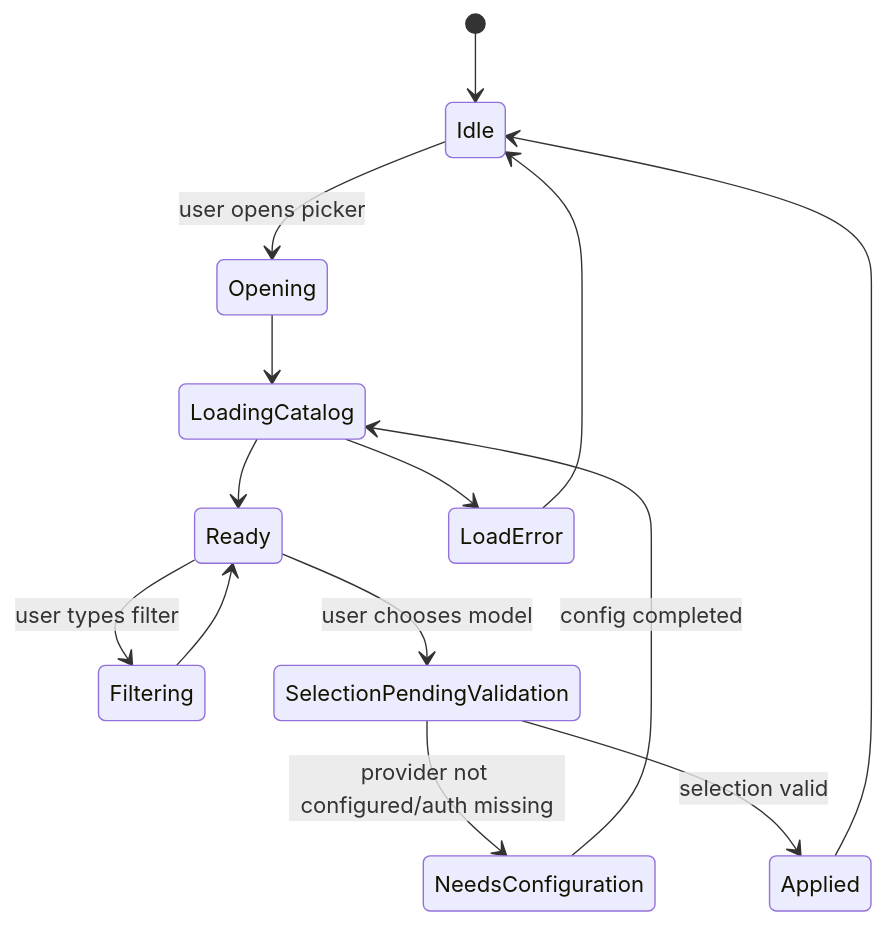
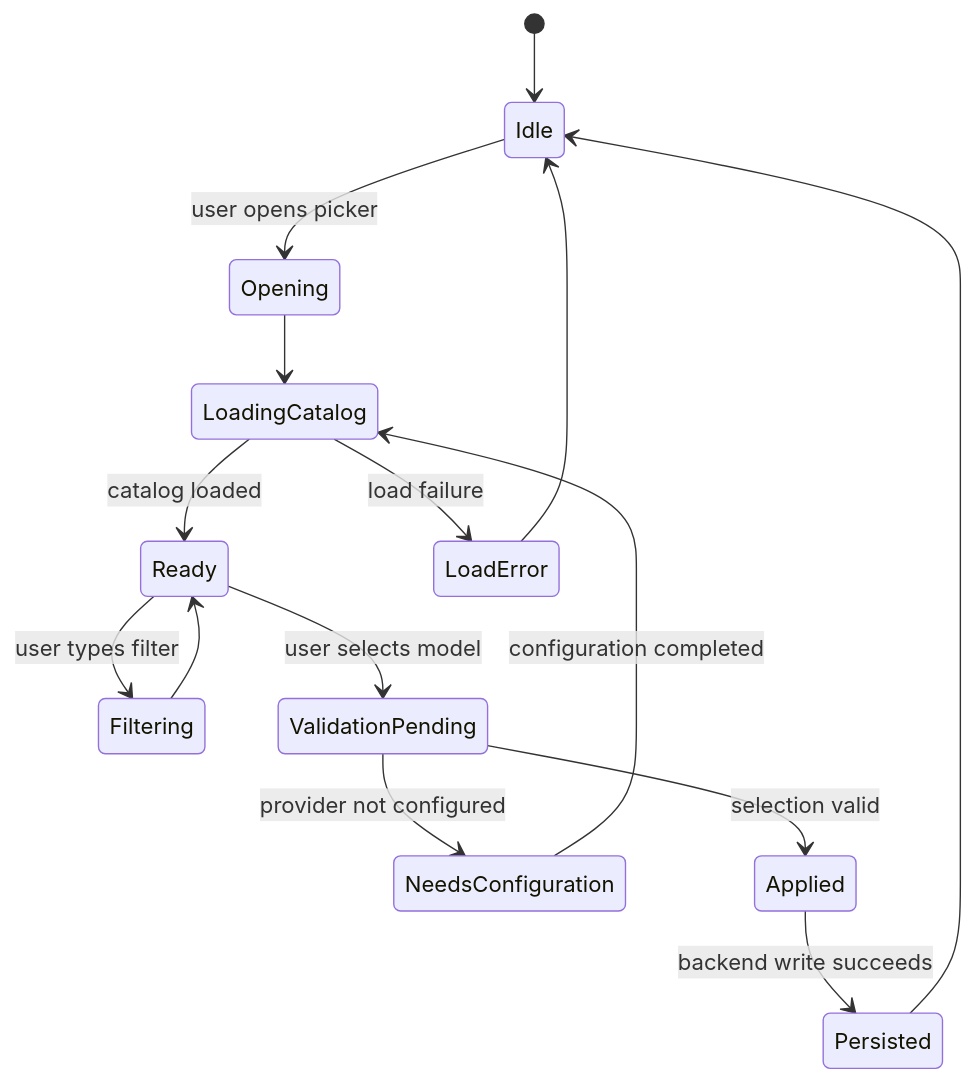
The diagram in cs485/diagrams/userstory3/state-diagrams-1.mmd (BrandonHowe/cs485-llm-ide), drawn with Mermaid before and after one commit. The commit also changed 63 other files, not shown here.

```diff
--- a/cs485/diagrams/userstory3/state-diagrams-1.mmd
+++ b/cs485/diagrams/userstory3/state-diagrams-1.mmd
@@ -1,14 +1,15 @@
 stateDiagram-v2
   [*] --> Idle
   Idle --> Opening: user opens picker
   Opening --> LoadingCatalog
-  LoadingCatalog --> Ready
-  LoadingCatalog --> LoadError
+  LoadingCatalog --> Ready: catalog loaded
+  LoadingCatalog --> LoadError: load failure
   Ready --> Filtering: user types filter
   Filtering --> Ready
-  Ready --> SelectionPendingValidation: user chooses model
-  SelectionPendingValidation --> NeedsConfiguration: provider not configured/auth missing
-  NeedsConfiguration --> LoadingCatalog: config completed
-  SelectionPendingValidation --> Applied: selection valid
-  Applied --> Idle
+  Ready --> ValidationPending: user selects model
+  ValidationPending --> NeedsConfiguration: provider not configured
+  NeedsConfiguration --> LoadingCatalog: configuration completed
+  ValidationPending --> Applied: selection valid
+  Applied --> Persisted: backend write succeeds
+  Persisted --> Idle
   LoadError --> Idle
```
